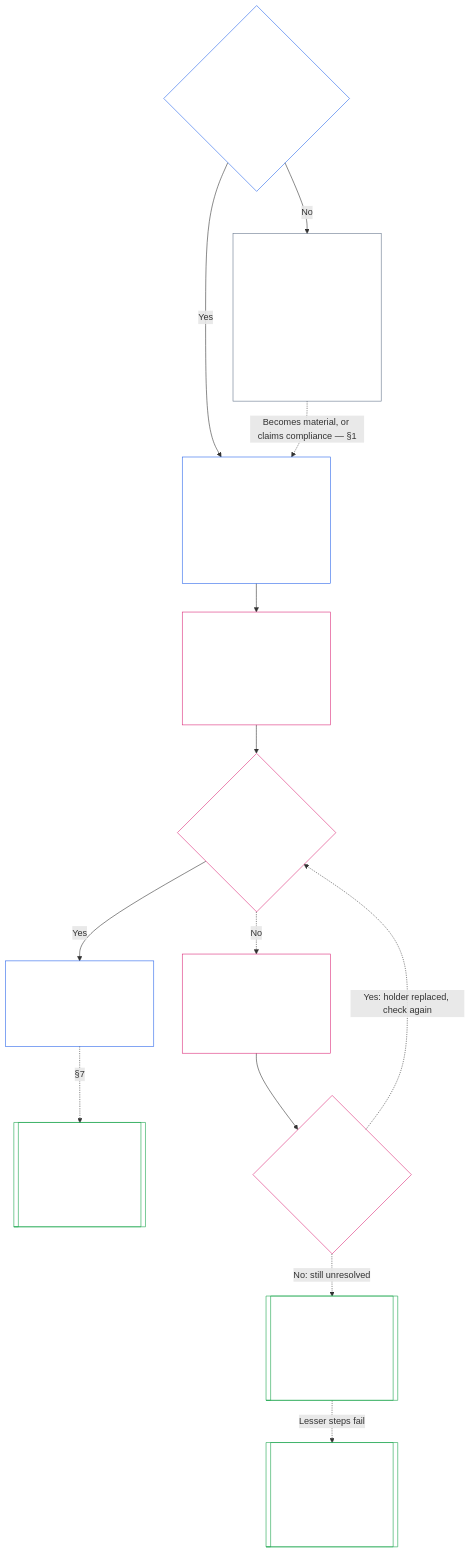
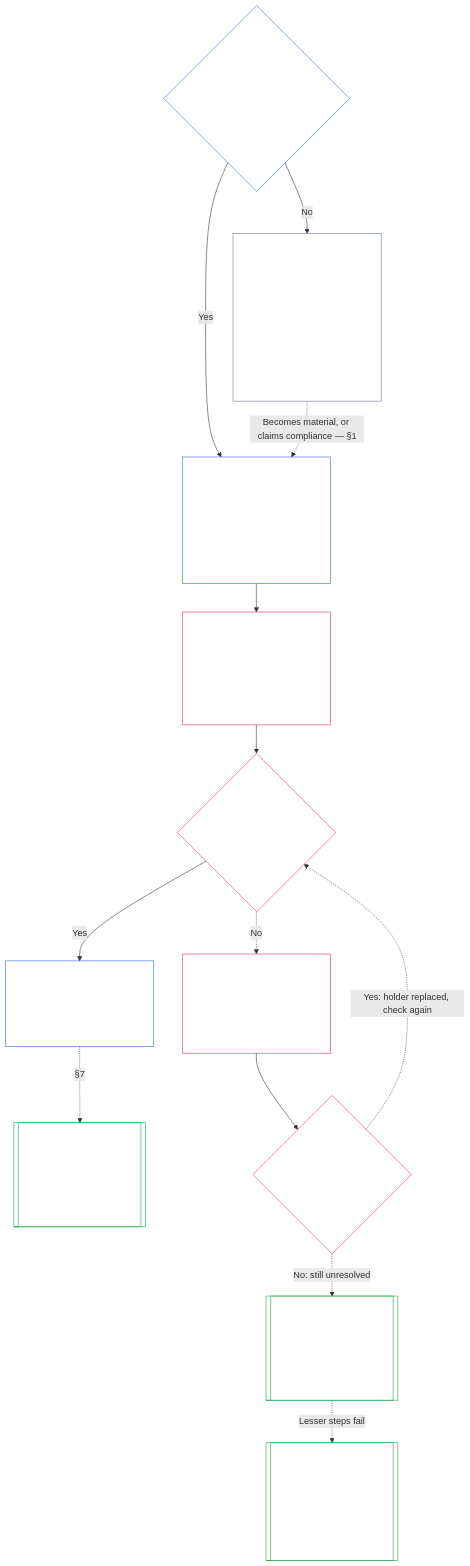
One commit to kfoelsch/Sentient_Constitution changed the diagram in core_07_charters.md. Above: the diagram before and after it, drawn with Mermaid. The commit also changed other lines of this file and 37 other files, not shown here.

````diff
--- a/core_07_charters.md
+++ b/core_07_charters.md
@@ -194,37 +194,37 @@
 ```mermaid
 flowchart TB
     Q{"§1 Could what you do materially affect other people?<br/>(Class L or higher)"}
     C["§3, §4 Publish its System Charter or<br/>Institutional Charter<br/><br/>Purpose, limits, who relies on it,<br/>who changes it, who holds each seat"]
     H["§5 Publish the office-holder statement<br/><br/>Who holds the key offices, who controls<br/>them, how they are rewarded"]
     K["§7 Keep it true<br/><br/>Review on schedule<br/>Fix any mismatch in the open"]
     X[["Chapter Nine — Alignment certification<br/><br/>Checks the scope against real operation<br/><br/>Outside this chapter"]]
     P["Class P: a System Charter or<br/>Institutional Charter is voluntary<br/><br/>Publishing one creates no duty<br/>under this chapter<br/><br/>§2 You don't need anyone's permission to start"]
     D{"§5 Does the formation check pass?"}
     F["§6 A holder fails the check<br/><br/>Replace that sentient, not the Chartered Party<br/>A short window to answer,<br/>a longer one to resolve it"]
     W{"§6 Is the resolution window still open?"}
-    R[["CI-13 — Consequence review<br/><br/>Lightest step that protects others<br/><br/>Outside this chapter"]]
-    E[["CI-13 — Contract below Class L, or dissolve<br/><br/>Dissolution only as a last step<br/><br/>Outside this chapter"]]
+    R[["CI-13 and CI-28 — Consequence review<br/><br/>Lightest step that protects others<br/><br/>Outside this chapter"]]
+    E[["CI-28 and CI-13 — Contract below Class L, or dissolve<br/><br/>Dissolution only as a last step<br/><br/>Outside this chapter"]]
     Q -->|"Yes"| C
     Q -->|"No"| P
     P -.->|"Becomes material, or claims compliance — §1"| C
     C --> H
     H --> D
     D -->|"Yes"| K
     D -.->|"No"| F
     F --> W
     W -.->|"Yes: holder replaced, check again"| D
     W -.->|"No: still unresolved"| R
     R -.->|"Lesser steps fail"| E
     K -.->|"§7"| X
     style Q fill:none,stroke:#2563eb,color:#ffffff
     style C fill:none,stroke:#2563eb,color:#ffffff
     style H fill:none,stroke:#db2777,color:#ffffff
     style K fill:none,stroke:#2563eb,color:#ffffff
     style X fill:none,stroke:#16a34a,color:#ffffff
     style P fill:none,stroke:#64748b,color:#ffffff
     style D fill:none,stroke:#db2777,color:#ffffff
     style F fill:none,stroke:#db2777,color:#ffffff
     style W fill:none,stroke:#db2777,color:#ffffff
     style R fill:none,stroke:#16a34a,color:#ffffff
     style E fill:none,stroke:#16a34a,color:#ffffff
 ```
````
